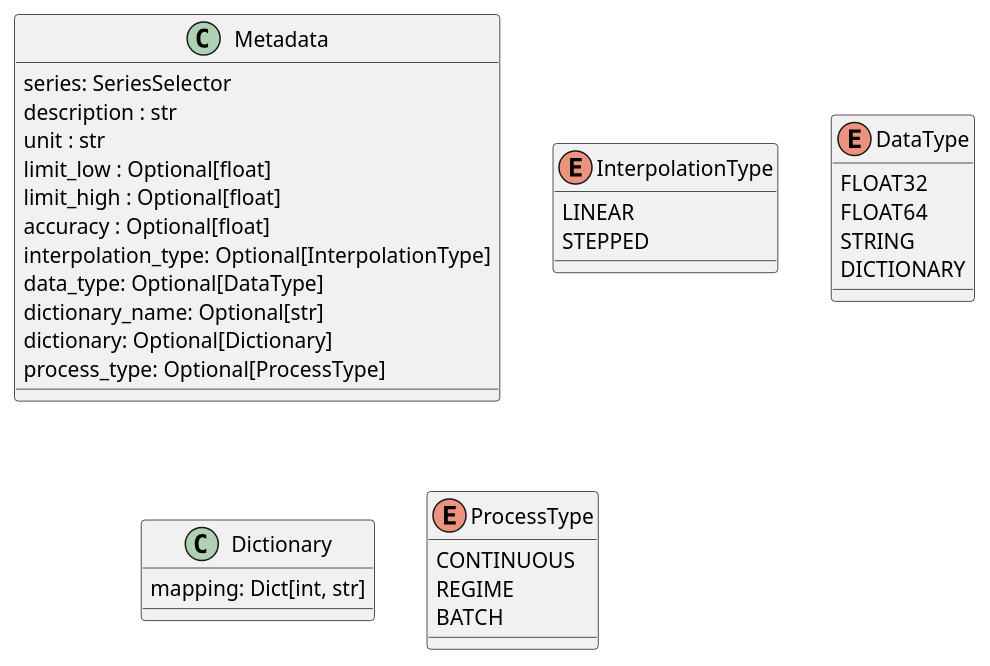
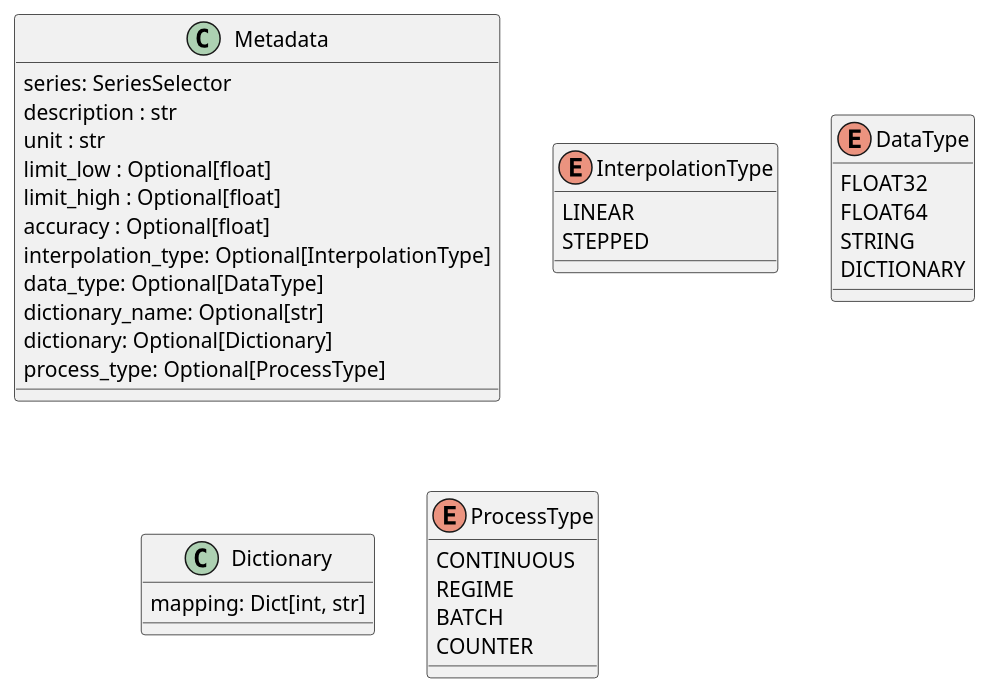
One commit to timeseer-ai/kukur changed the second of 3 diagrams in docs/kukur.asciidoc. Above: the diagram before and after it, drawn with PlantUML. The commit also changed 4 other files, not shown here.

```diff
--- a/docs/kukur.asciidoc
+++ b/docs/kukur.asciidoc
@@ -459,38 +459,39 @@
 [plantuml]
 ....
 class Metadata {
     series: SeriesSelector
     description : str
     unit : str
     limit_low : Optional[float]
     limit_high : Optional[float]
     accuracy : Optional[float]
     interpolation_type: Optional[InterpolationType]
     data_type: Optional[DataType]
     dictionary_name: Optional[str]
     dictionary: Optional[Dictionary]
     process_type: Optional[ProcessType]
 }
 
 enum InterpolationType {
     LINEAR
     STEPPED
 }
 
 enum DataType {
     FLOAT32
     FLOAT64
     STRING
     DICTIONARY
 }
 
 class Dictionary {
     mapping: Dict[int, str]
 }
 
 enum ProcessType {
     CONTINUOUS
     REGIME
     BATCH
+    COUNTER
 }
 ....
```
